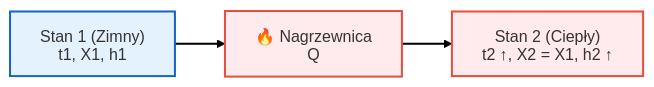
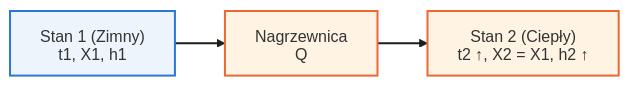
Before and after one commit to moondec/Termodynamika: the second of 3 diagrams in Wyklady/13_Klimatyzacja.qmd, drawn with Mermaid. The commit also changed other lines of this file and 229 other files, not shown here.

````diff
--- a/Wyklady/13_Klimatyzacja.qmd
+++ b/Wyklady/13_Klimatyzacja.qmd
@@ -158,11 +164,10 @@
 ```{mermaid}
 %%| fig-align: center
 %%{init: {'theme': 'default', 'htmlLabels': false, 'flowchart': {'htmlLabels': false, 'wrappingWidth': 400, 'subGraphTitleMargin': {'top': 6, 'bottom': 16}}, 'themeVariables': {'fontSize': '16px', 'fontFamily': 'Arial, Helvetica, sans-serif'}}}%%
-
 flowchart LR
-    A["Stan 1 (Zimny)<br>t1, X1, h1"] --> H["🔥 Nagrzewnica<br>Q"] --> B["Stan 2 (Ciepły)<br>t2 ↑, X2 = X1, h2 ↑"]
-    style A fill:#e3f2fd,stroke:#1565c0,stroke-width:2px
-    style H fill:#ffebee,stroke:#e74c3c,stroke-width:2px
-    style B fill:#ffebee,stroke:#e74c3c,stroke-width:2px
-    linkStyle default stroke-width:2px,fill:none,stroke:black
+    A["Stan 1 (Zimny)<br>t1, X1, h1"] --> H["Nagrzewnica<br>Q"] --> B["Stan 2 (Ciepły)<br>t2 ↑, X2 = X1, h2 ↑"]
+    style A fill:#eef4fb,stroke:#2a78d6,stroke-width:2px
+    style H fill:#fff4e3,stroke:#eb6834,stroke-width:2px
+    style B fill:#fff4e3,stroke:#eb6834,stroke-width:2px
+    linkStyle default stroke-width:2px,fill:none,stroke:#1d1d1b
 ```
````
